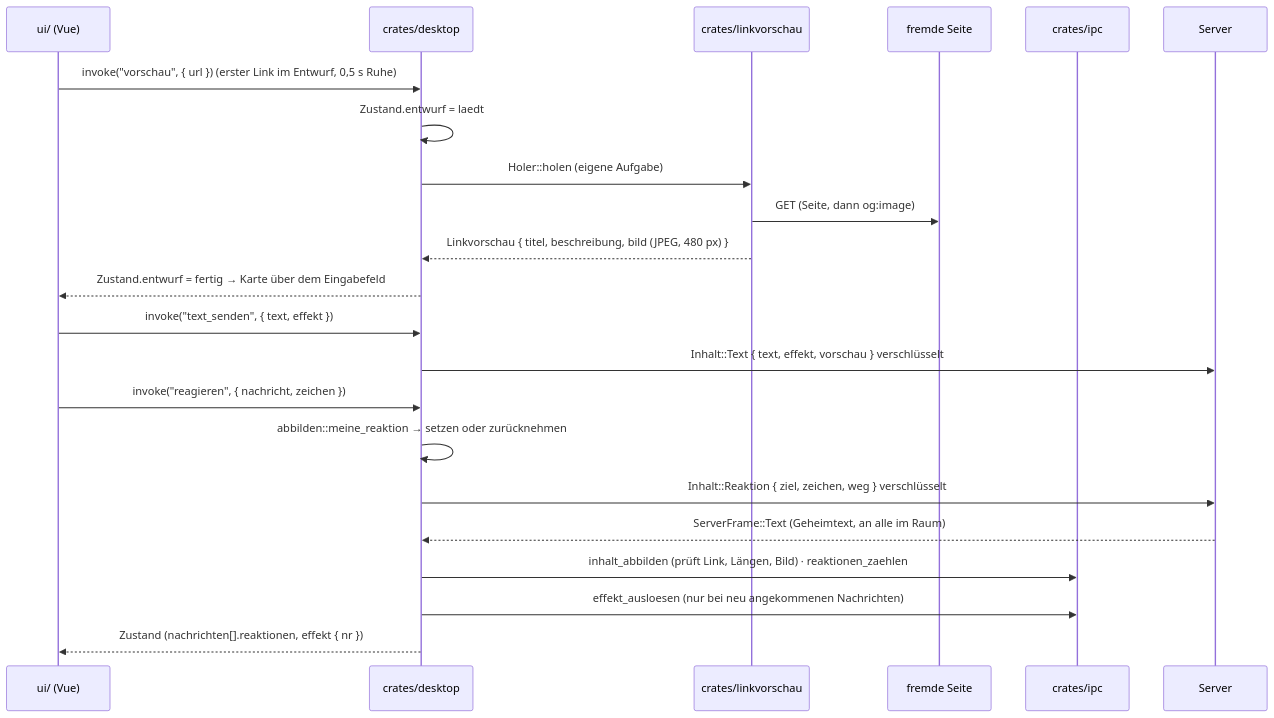
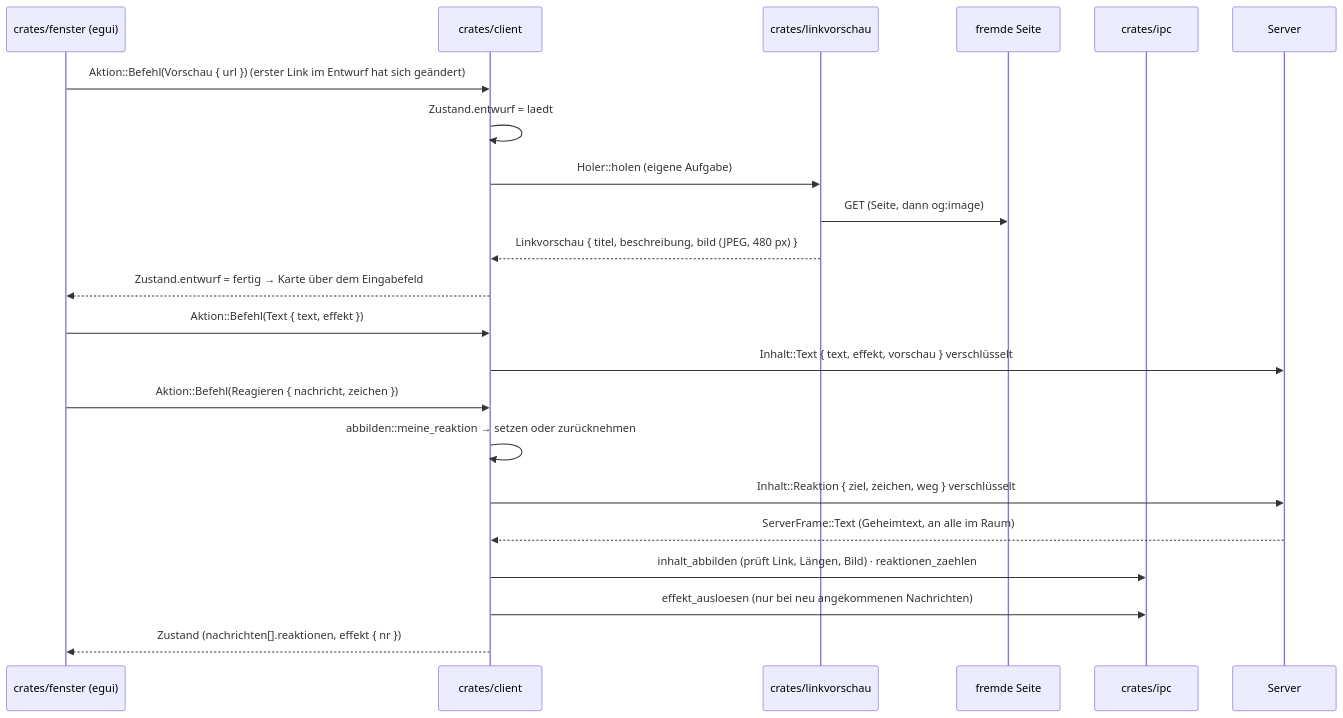
The second of 2 diagrams in docs/datenfluss.md (patimweb-labs/sprechwerk), drawn with Mermaid before and after one commit. The commit also changed other lines of this file and 41 other files, not shown here.

````diff
--- a/docs/datenfluss.md
+++ b/docs/datenfluss.md
@@ -42,25 +42,25 @@
 ```mermaid
 sequenceDiagram
-    participant UI as ui/ (Vue)
-    participant D as crates/desktop
+    participant UI as crates/fenster (egui)
+    participant D as crates/client
     participant L as crates/linkvorschau
     participant W as fremde Seite
     participant I as crates/ipc
     participant S as Server
 
-    UI->>D: invoke("vorschau", { url }) (erster Link im Entwurf, 0,5 s Ruhe)
+    UI->>D: Aktion::Befehl(Vorschau { url }) (erster Link im Entwurf hat sich geändert)
     D->>D: Zustand.entwurf = laedt
     D->>L: Holer::holen (eigene Aufgabe)
     L->>W: GET (Seite, dann og:image)
     L-->>D: Linkvorschau { titel, beschreibung, bild (JPEG, 480 px) }
     D-->>UI: Zustand.entwurf = fertig → Karte über dem Eingabefeld
-    UI->>D: invoke("text_senden", { text, effekt })
+    UI->>D: Aktion::Befehl(Text { text, effekt })
     D->>S: Inhalt::Text { text, effekt, vorschau } verschlüsselt
-    UI->>D: invoke("reagieren", { nachricht, zeichen })
+    UI->>D: Aktion::Befehl(Reagieren { nachricht, zeichen })
     D->>D: abbilden::meine_reaktion → setzen oder zurücknehmen
     D->>S: Inhalt::Reaktion { ziel, zeichen, weg } verschlüsselt
     S-->>D: ServerFrame::Text (Geheimtext, an alle im Raum)
     D->>I: inhalt_abbilden (prüft Link, Längen, Bild) · reaktionen_zaehlen
     D->>I: effekt_ausloesen (nur bei neu angekommenen Nachrichten)
     D-->>UI: Zustand (nachrichten[].reaktionen, effekt { nr })
 ```
````
